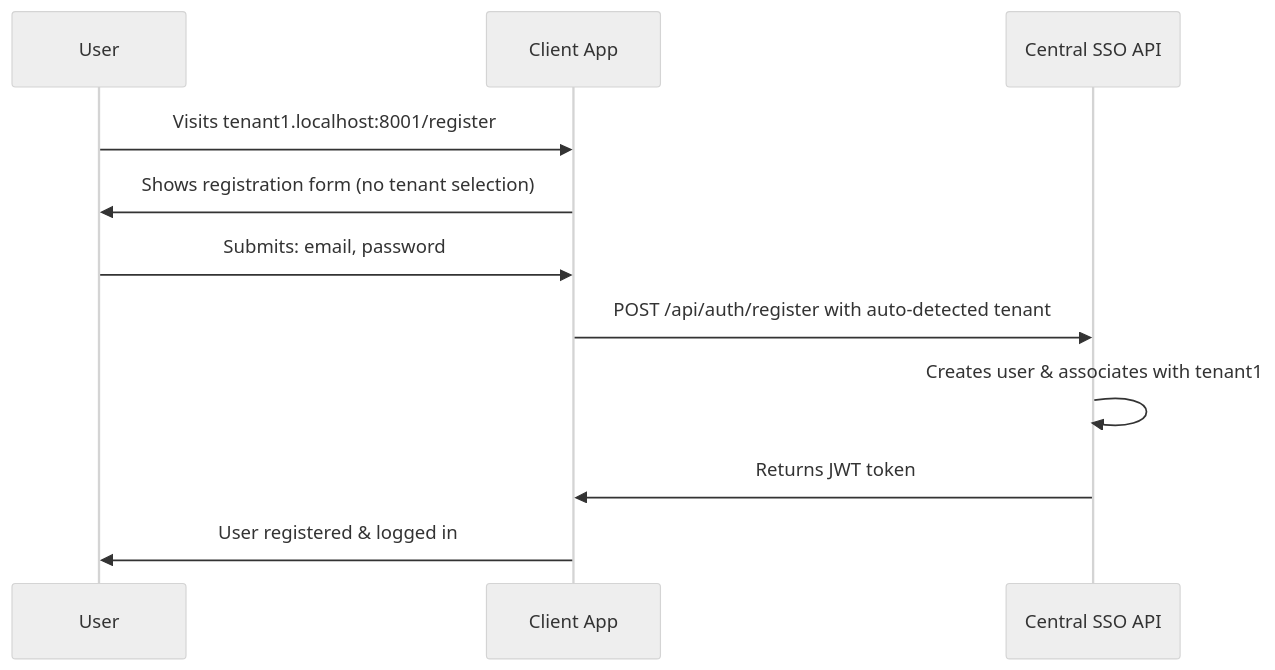
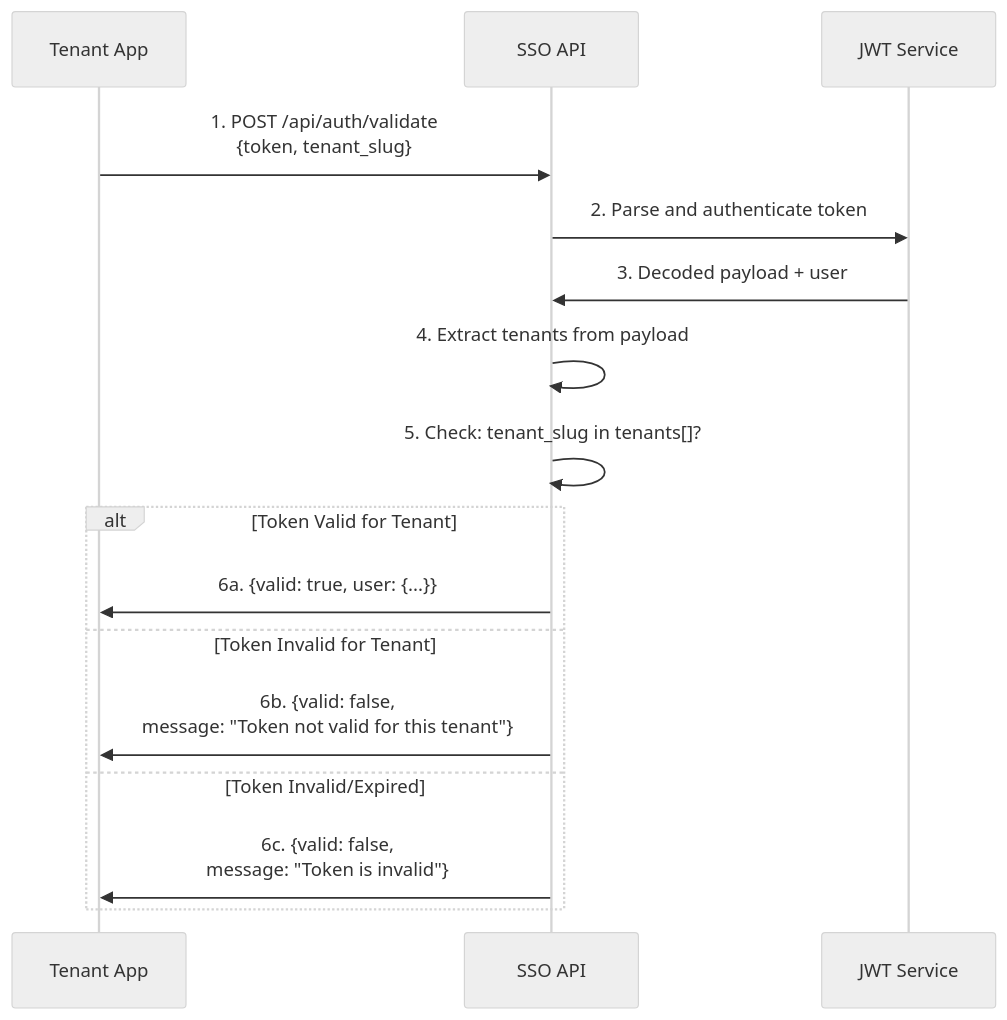
The fifth of 7 diagrams in docs/authentication-flow.md (hi-dil/SSO-POC), drawn with Mermaid (neutral theme) before and after one commit. The commit also changed other lines of this file and 6 other files, not shown here.

````diff
--- a/docs/authentication-flow.md
+++ b/docs/authentication-flow.md
@@ -85,14 +140,20 @@
 ```mermaid
 sequenceDiagram
-    participant U as User
-    participant C as Client App
-    participant S as Central SSO API
+    participant T as Tenant App
+    participant API as SSO API
+    participant JWT as JWT Service
     
-    U->>C: Visits tenant1.localhost:8001/register
-    C->>U: Shows registration form (no tenant selection)
-    U->>C: Submits: email, password
-    C->>S: POST /api/auth/register with auto-detected tenant
-    S->>S: Creates user & associates with tenant1
-    S->>C: Returns JWT token
-    C->>U: User registered & logged in
+    T->>API: 1. POST /api/auth/validate<br/>{token, tenant_slug}
+    API->>JWT: 2. Parse and authenticate token
+    JWT->>API: 3. Decoded payload + user
+    API->>API: 4. Extract tenants from payload
+    API->>API: 5. Check: tenant_slug in tenants[]?
+    
+    alt Token Valid for Tenant
+        API->>T: 6a. {valid: true, user: {...}}
+    else Token Invalid for Tenant
+        API->>T: 6b. {valid: false,<br/>message: "Token not valid for this tenant"}
+    else Token Invalid/Expired
+        API->>T: 6c. {valid: false,<br/>message: "Token is invalid"}
+    end
 ```
````
